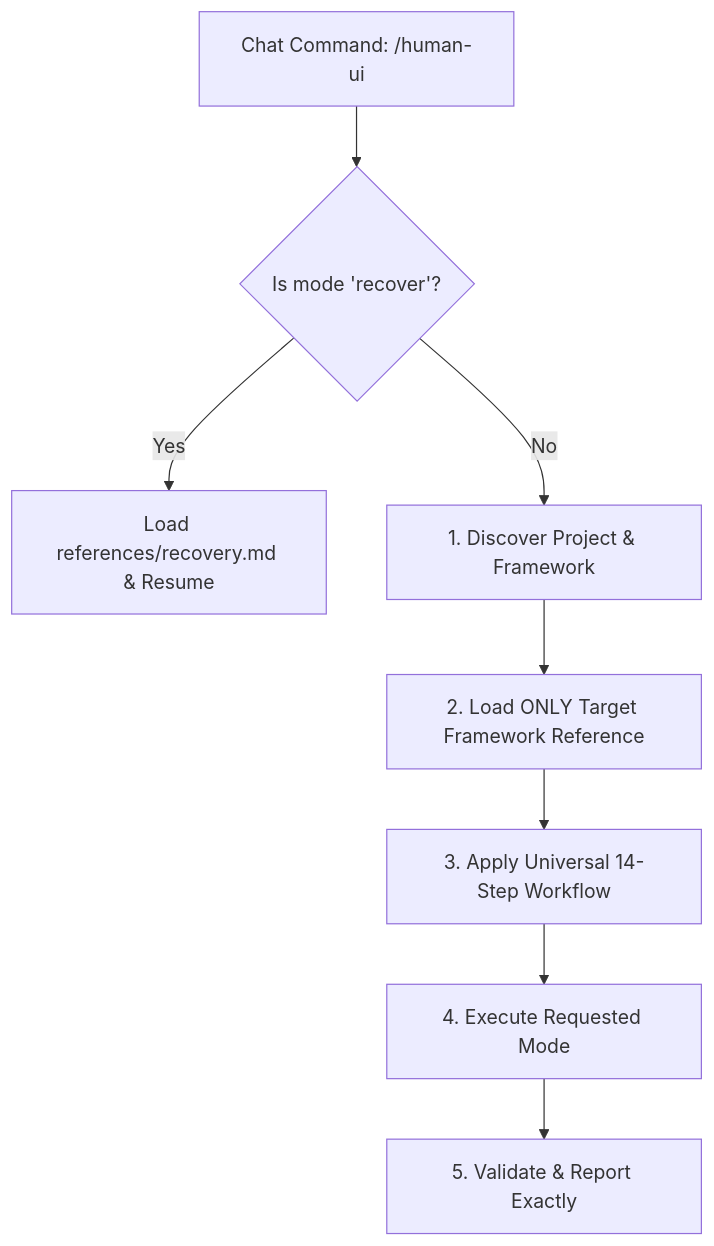
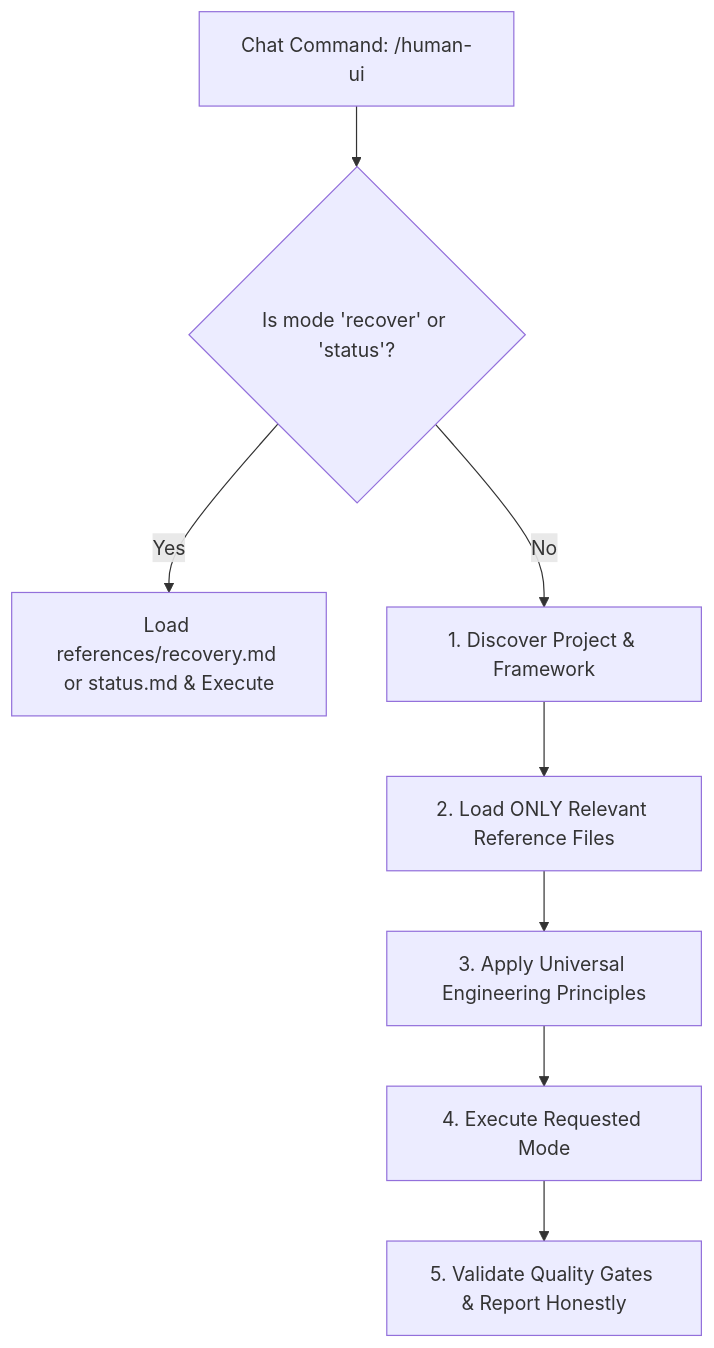
Before and after one commit to juwelzan/human-ui-engineering: the diagram in skills/human-ui/SKILL.md, drawn with Mermaid. The commit also changed other lines of this file and 59 other files, not shown here.

````diff
--- a/skills/human-ui/SKILL.md
+++ b/skills/human-ui/SKILL.md
@@ -42,10 +48,10 @@
 ```mermaid
 flowchart TD
-    A[Chat Command: /human-ui] --> B{Is mode 'recover'?}
-    B -- Yes --> R[Load references/recovery.md & Resume]
+    A[Chat Command: /human-ui] --> B{Is mode 'recover' or 'status'?}
+    B -- Yes --> R[Load references/recovery.md or status.md & Execute]
     B -- No --> C[1. Discover Project & Framework]
-    C --> D[2. Load ONLY Target Framework Reference]
-    D --> E[3. Apply Universal 14-Step Workflow]
+    C --> D[2. Load ONLY Relevant Reference Files]
+    D --> E[3. Apply Universal Engineering Principles]
     E --> F[4. Execute Requested Mode]
-    F --> G[5. Validate & Report Exactly]
+    F --> G[5. Validate Quality Gates & Report Honestly]
 ```
````
